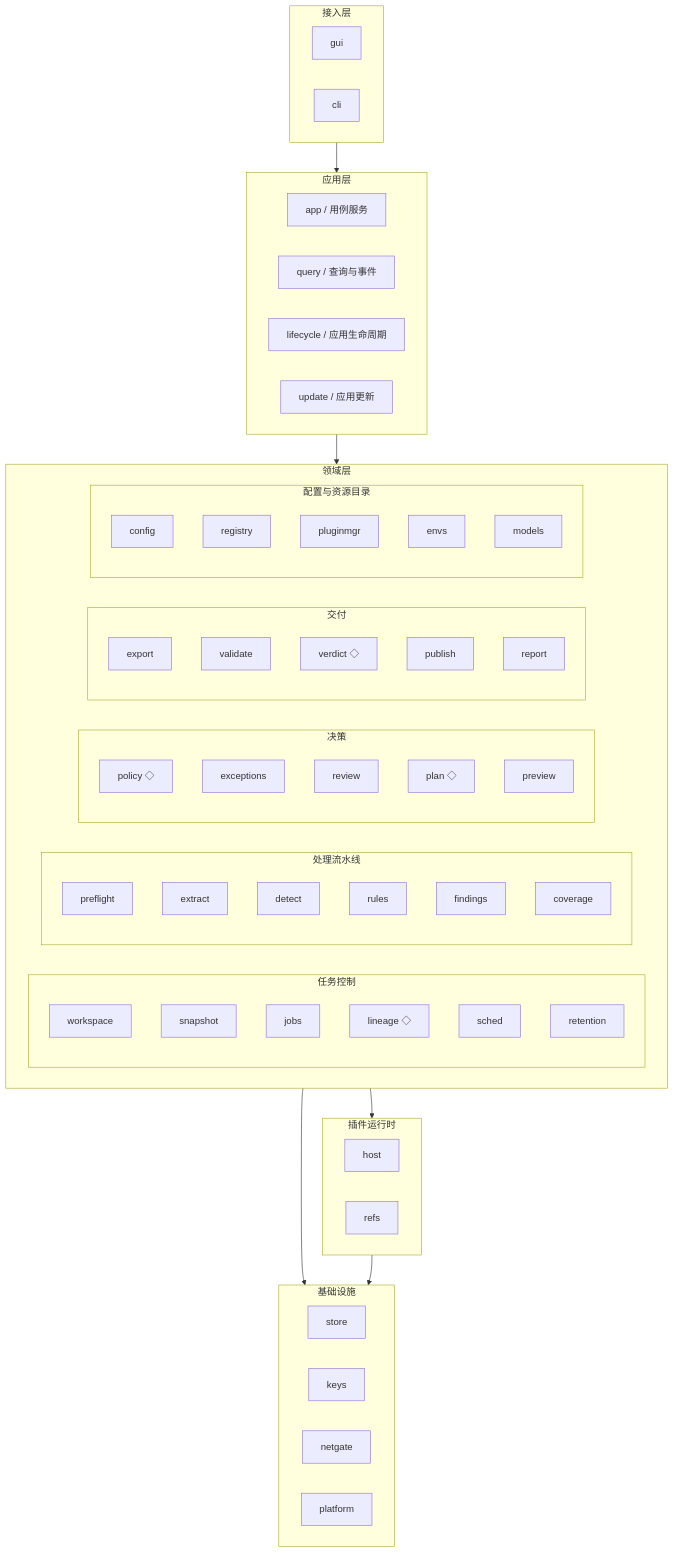
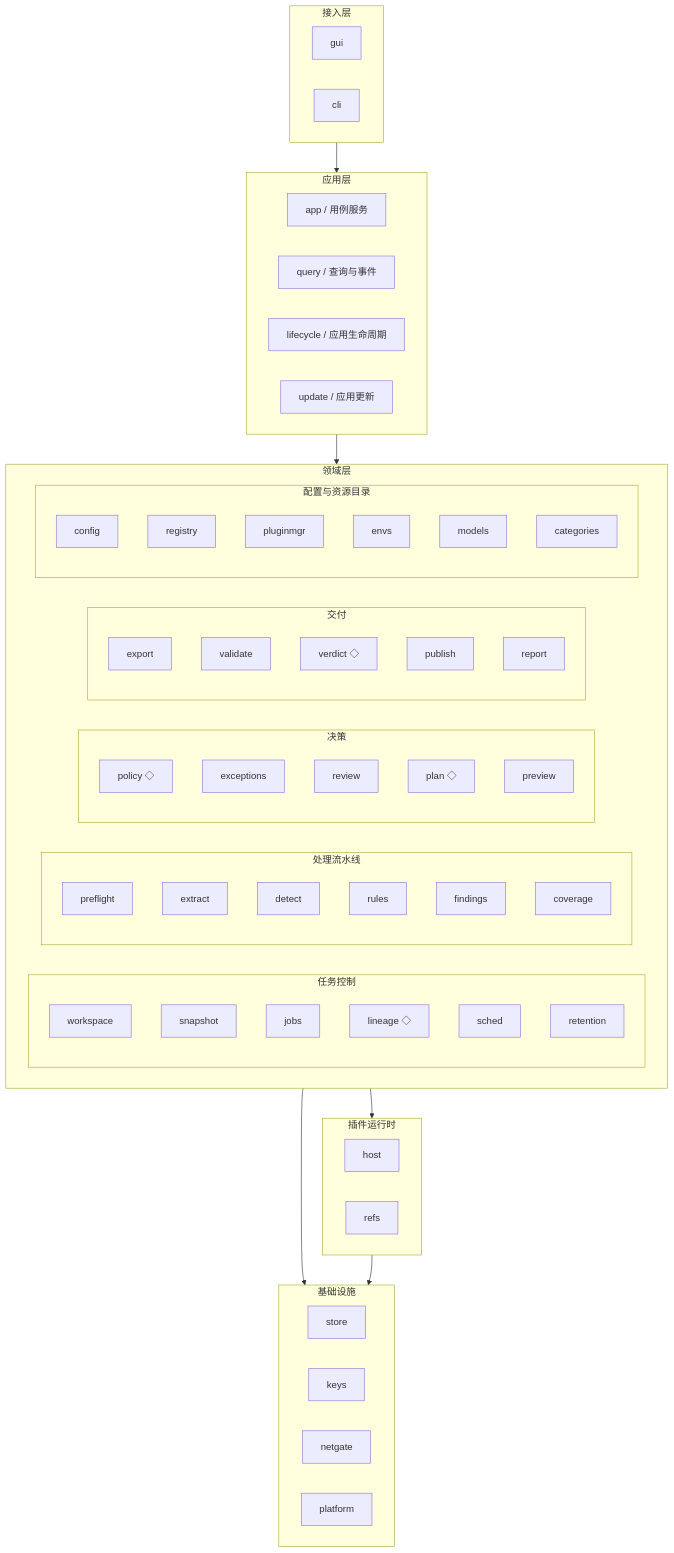
The first of 3 diagrams in docs/v1/tacet-module-design.md (jorben/tacet), drawn with Mermaid before and after one commit. The commit also changed other lines of this file and 71 other files, not shown here.

````diff
--- a/docs/v1/tacet-module-design.md
+++ b/docs/v1/tacet-module-design.md
@@ -32,67 +32,68 @@
 ```mermaid
 flowchart TB
     subgraph ADAPTER["接入层"]
         GUI["gui"]
         CLI["cli"]
     end
     subgraph APPL["应用层"]
         APP["app / 用例服务"]
         QRY["query / 查询与事件"]
         LIFE["lifecycle / 应用生命周期"]
         UPD["update / 应用更新"]
     end
     subgraph DOMAIN["领域层"]
         subgraph CTRL["任务控制"]
             WS["workspace"]
             SNAP["snapshot"]
             JOBS["jobs"]
             LIN["lineage ◇"]
             SCHED["sched"]
             RET["retention"]
         end
         subgraph PIPE["处理流水线"]
             PRE["preflight"]
             EXT["extract"]
             DET["detect"]
             RULES["rules"]
             FIND["findings"]
             COV["coverage"]
         end
         subgraph DEC["决策"]
             POL["policy ◇"]
             EXC["exceptions"]
             REV["review"]
             PLAN["plan ◇"]
             PREV["preview"]
         end
         subgraph OUT["交付"]
             EXP["export"]
             VAL["validate"]
             VER["verdict ◇"]
             PUB["publish"]
             REP["report"]
         end
         subgraph CAT["配置与资源目录"]
             CFG["config"]
             REG["registry"]
             PMGR["pluginmgr"]
             ENVS["envs"]
             MOD["models"]
+            CATS["categories"]
         end
     end
     subgraph RT["插件运行时"]
         HOST["host"]
         REFS["refs"]
     end
     subgraph INFRA["基础设施"]
         STORE["store"]
         KEYS["keys"]
         NET["netgate"]
         PLAT["platform"]
     end
     ADAPTER --> APPL
     APPL --> DOMAIN
     DOMAIN --> RT
     DOMAIN --> INFRA
     RT --> INFRA
 ```
````
